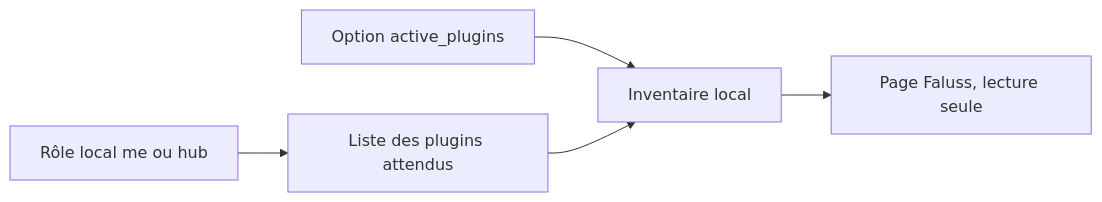
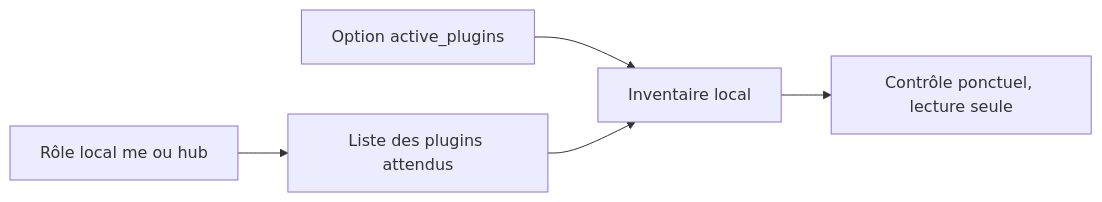
The diagram in docs/modules/LEGACY-INVENTORY.md (Alternative-LAB/faluss-platform), drawn with Mermaid before and after one commit. The commit also changed other lines of this file and 5 other files, not shown here.

````diff
--- a/docs/modules/LEGACY-INVENTORY.md
+++ b/docs/modules/LEGACY-INVENTORY.md
@@ -5,7 +5,7 @@
 ```mermaid
 flowchart LR
     Role[Rôle local me ou hub] --> Manifest[Liste des plugins attendus]
     Option[Option active_plugins] --> Inventory[Inventaire local]
     Manifest --> Inventory
-    Inventory --> Admin[Page Faluss, lecture seule]
+    Inventory --> Audit[Contrôle ponctuel, lecture seule]
 ```
````
